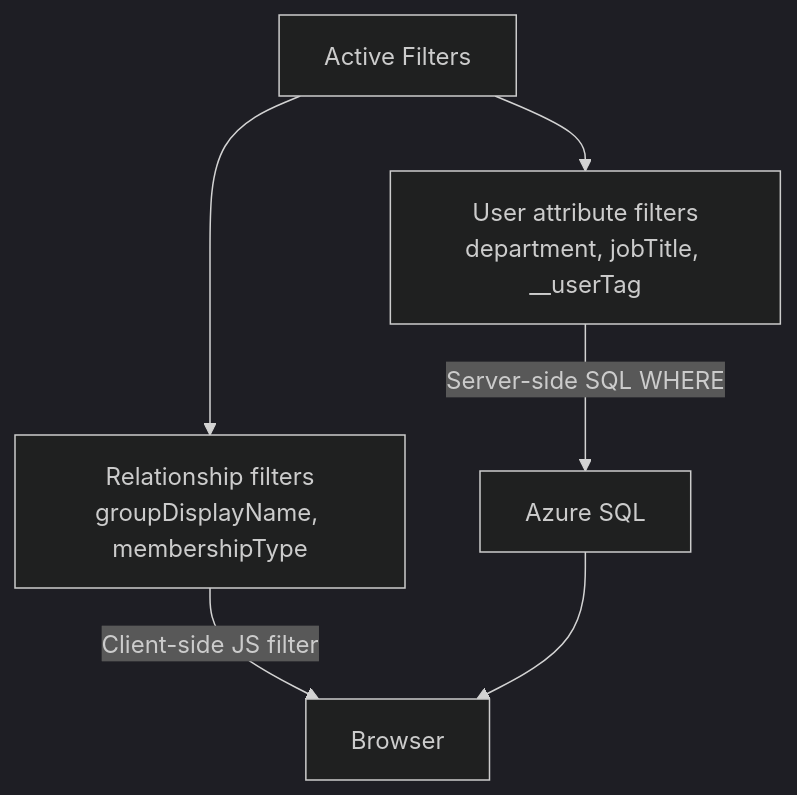
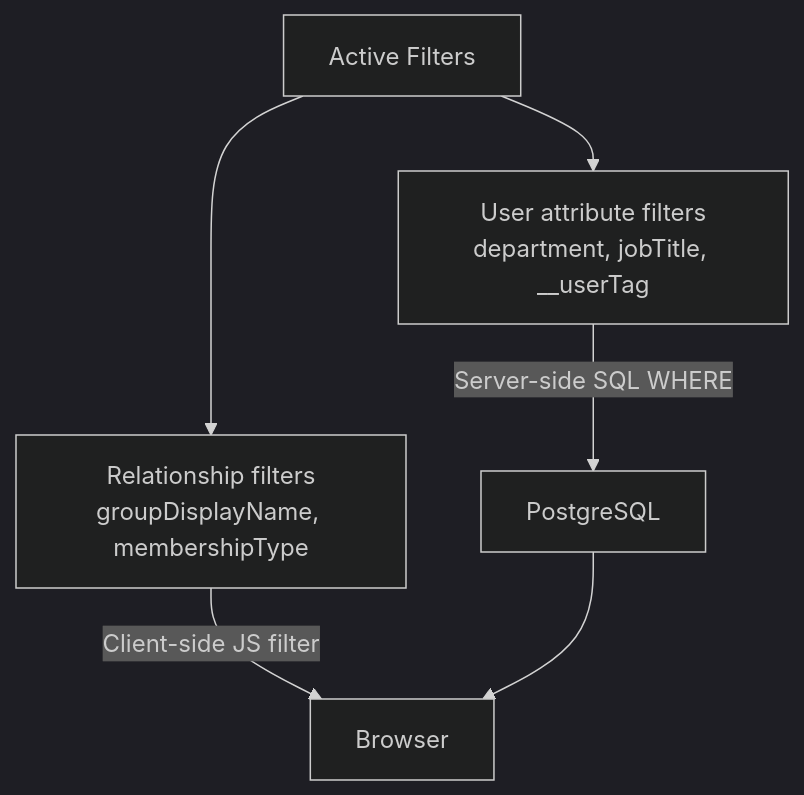
Before and after one commit to Fortigi/IdentityAtlas: the diagram in docs/api/matrix.md, drawn with Mermaid (dark theme). The commit also changed 5 other files, not shown here.

First line of the commit message:
docs: fix doc drift — PostgreSQL, real endpoints, history shape, version label (audit D3/D6/D7/D10/D12)

````diff
--- a/docs/api/matrix.md
+++ b/docs/api/matrix.md
@@ -163,8 +163,8 @@
 ```mermaid
 flowchart TD
     F[Active Filters] --> US[User attribute filters\ndepartment, jobTitle, __userTag]
     F --> RS[Relationship filters\ngroupDisplayName, membershipType]
-    US -->|Server-side SQL WHERE| DB[Azure SQL]
+    US -->|Server-side SQL WHERE| DB[PostgreSQL]
     RS -->|Client-side JS filter| Browser[Browser]
     DB --> Browser
 ```
````
